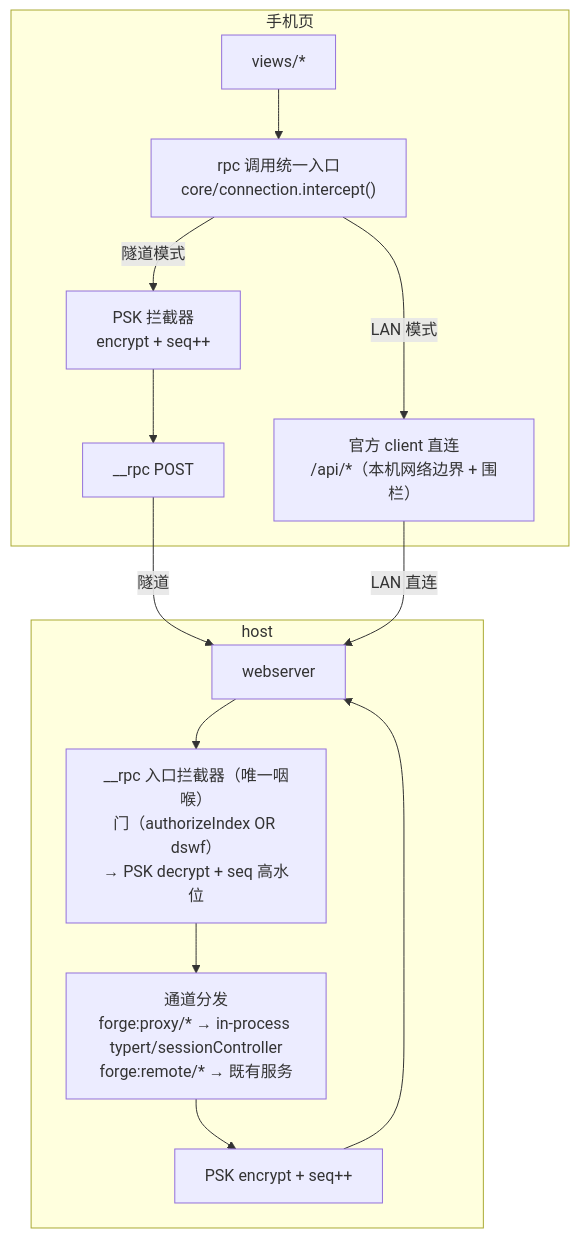
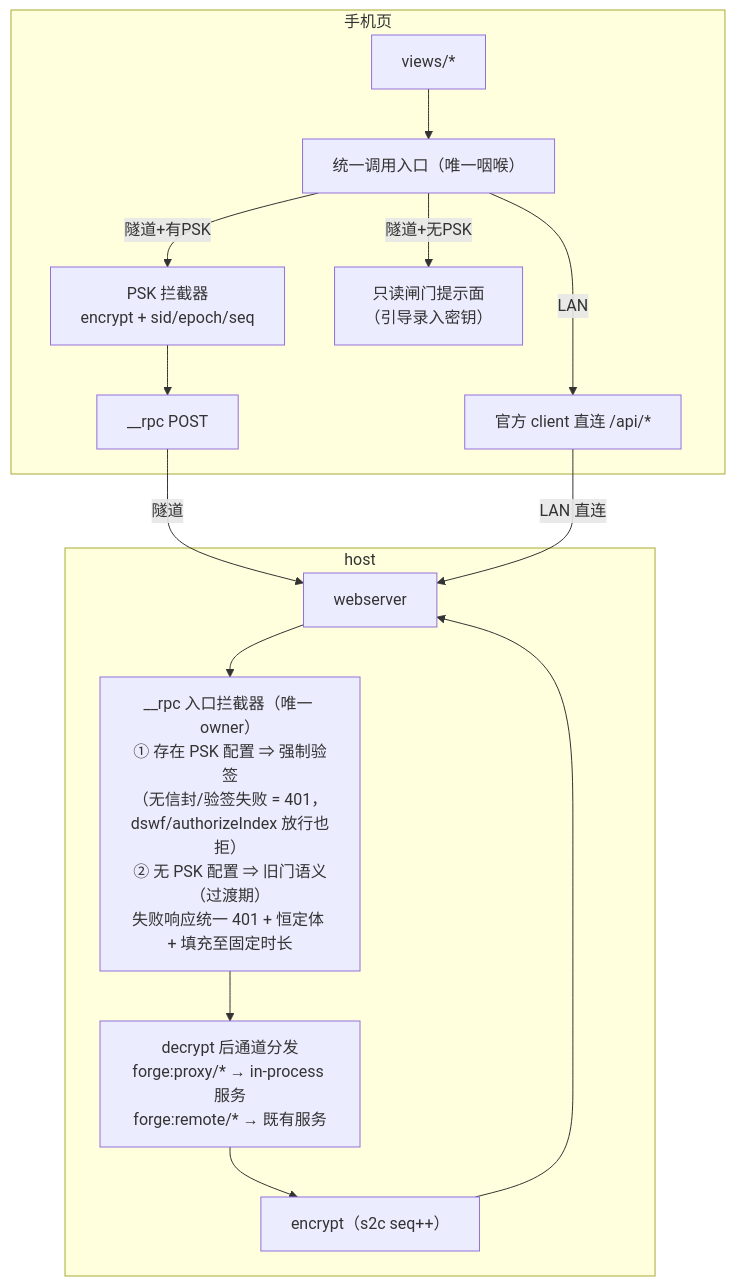
One commit to bigfaner/dsh-forge changed the second of 4 diagrams in .forge/docs/features/mobile-ui/design/tunnel-psk.md. Above: the diagram before and after it, drawn with Mermaid. The commit also changed other lines of this file, not shown here.

First line of the commit message:
docs(mobile-ui): tunnel-psk v2 - red-team review convergence

````diff
--- a/.forge/docs/features/mobile-ui/design/tunnel-psk.md
+++ b/.forge/docs/features/mobile-ui/design/tunnel-psk.md
@@ -64,18 +74,18 @@
 ```mermaid
 flowchart TB
     subgraph M[手机页]
-        UI["views/*"] --> RI["rpc 调用统一入口<br/>core/connection.intercept()"]
-        RI -->|"隧道模式"| ENC[PSK 拦截器<br/>encrypt + seq++]
-        RI -->|"LAN 模式"| OFF["官方 client 直连<br/>/api/*（本机网络边界 + 围栏）"]
+        UI["views/*"] --> RI["统一调用入口（唯一咽喉）"]
+        RI -->|"隧道+有PSK"| ENC["PSK 拦截器<br/>encrypt + sid/epoch/seq"]
+        RI -->|"隧道+无PSK"| RO["只读闸门提示面<br/>（引导录入密钥）"]
+        RI -->|"LAN"| OFF["官方 client 直连 /api/*"]
         ENC --> T[__rpc POST]
     end
     T -->|隧道| WS
     OFF -->|"LAN 直连"| WS
     subgraph HOSTS[host]
-        WS[webserver]
-        WS --> GATE["__rpc 入口拦截器（唯一咽喉）<br/>门（authorizeIndex OR dswf）<br/>→ PSK decrypt + seq 高水位"]
-        GATE --> DISP["通道分发<br/>forge:proxy/* → in-process typert/sessionController<br/>forge:remote/* → 既有服务"]
-        DISP --> RENC[PSK encrypt + seq++]
+        WS[webserver] --> GATE["__rpc 入口拦截器（唯一 owner）<br/>① 存在 PSK 配置 ⇒ 强制验签<br/>（无信封/验签失败 = 401，dswf/authorizeIndex 放行也拒）<br/>② 无 PSK 配置 ⇒ 旧门语义（过渡期）<br/>失败响应统一 401 + 恒定体 + 填充至固定时长"]
+        GATE --> DISP["decrypt 后通道分发<br/>forge:proxy/* → in-process 服务<br/>forge:remote/* → 既有服务"]
+        DISP --> RENC["encrypt（s2c seq++）"]
         RENC --> WS
     end
 ```
````
